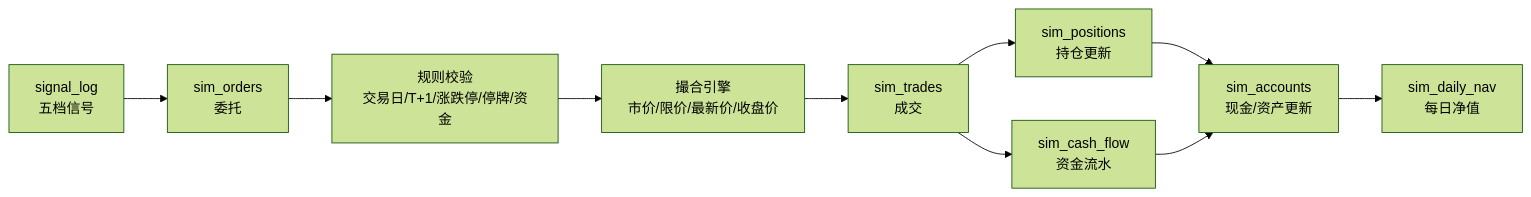
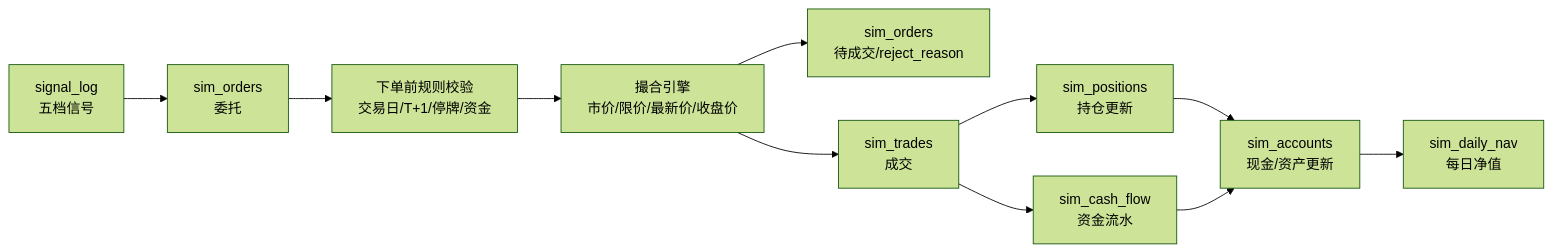
The fifth of 6 diagrams in docs/finally-design.md (Diaoff/LeekQuant), drawn with Mermaid (forest theme) before and after one commit. The commit also changed other lines of this file and 3 other files, not shown here.

````diff
--- a/docs/finally-design.md
+++ b/docs/finally-design.md
@@ -1080,12 +1080,13 @@
 ```mermaid
 flowchart LR
     Signal["signal_log<br/>五档信号"] --> Order["sim_orders<br/>委托"]
-    Order --> Rule["规则校验<br/>交易日/T+1/涨跌停/停牌/资金"]
+    Order --> Rule["下单前规则校验<br/>交易日/T+1/停牌/资金"]
     Rule --> Match["撮合引擎<br/>市价/限价/最新价/收盘价"]
+    Match --> Pending["sim_orders<br/>待成交/reject_reason"]
     Match --> Trade["sim_trades<br/>成交"]
     Trade --> Position["sim_positions<br/>持仓更新"]
     Trade --> Cash["sim_cash_flow<br/>资金流水"]
     Position --> Account["sim_accounts<br/>现金/资产更新"]
     Cash --> Account
     Account --> Nav["sim_daily_nav<br/>每日净值"]
 ```
````
